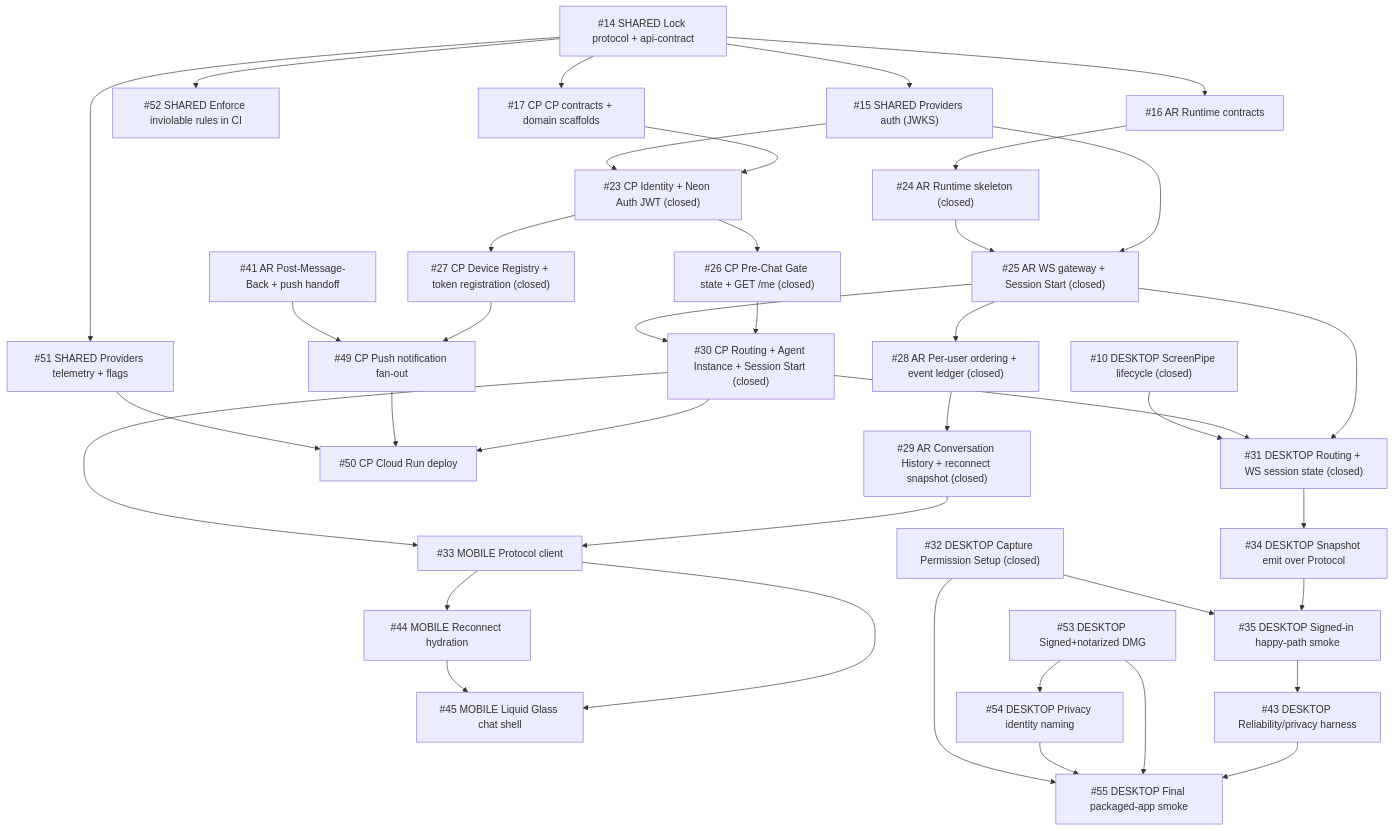
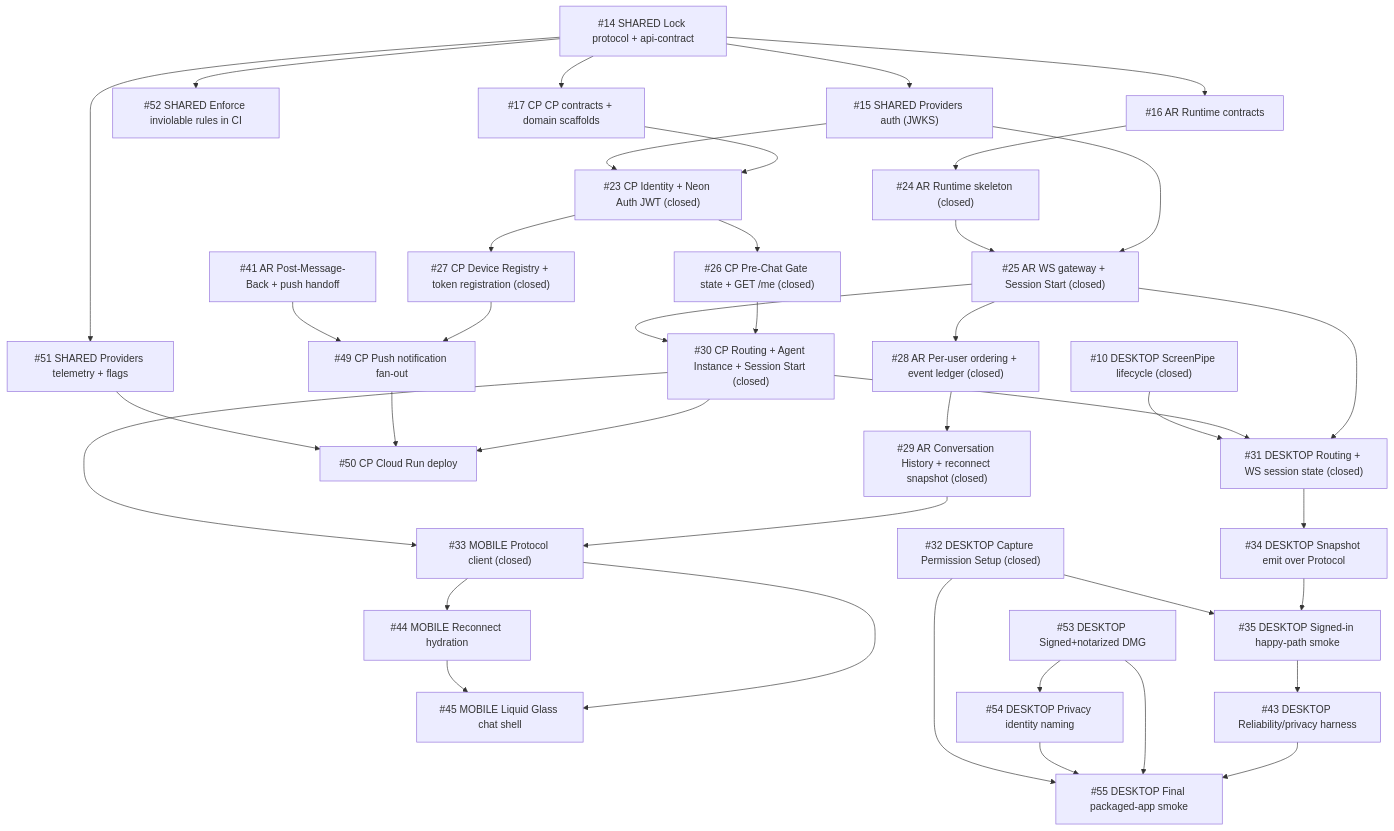
The diagram in docs/ISSUE-BOARD.md (sruj75/Intentive), drawn with Mermaid before and after one commit. The commit also changed other lines of this file and 8 other files, not shown here.

````diff
--- a/docs/ISSUE-BOARD.md
+++ b/docs/ISSUE-BOARD.md
@@ -28,48 +28,48 @@
 ```mermaid
 flowchart TD
   N08["#14 SHARED Lock protocol + api-contract"] --> N09["#15 SHARED Providers auth (JWKS)"]
   N08 --> N45["#51 SHARED Providers telemetry + flags"]
   N08 --> N46["#52 SHARED Enforce inviolable rules in CI"]
 
   N08 --> N10["#16 AR Runtime contracts"]
   N08 --> N11["#17 CP CP contracts + domain scaffolds"]
 
   N10 --> N18["#24 AR Runtime skeleton (closed)"]
   N09 --> N19
   N18 --> N19["#25 AR WS gateway + Session Start (closed)"]
   N19 --> N22["#28 AR Per-user ordering + event ledger (closed)"]
   N22 --> N23["#29 AR Conversation History + reconnect snapshot (closed)"]
 
   N11 --> N17["#23 CP Identity + Neon Auth JWT (closed)"]
   N09 --> N17
   N17 --> N20["#26 CP Pre-Chat Gate state + GET /me (closed)"]
   N17 --> N21["#27 CP Device Registry + token registration (closed)"]
   N20 --> N24["#30 CP Routing + Agent Instance + Session Start (closed)"]
   N19 --> N24
   N21 --> N43["#49 CP Push notification fan-out"]
   N35["#41 AR Post-Message-Back + push handoff"] --> N43
   N24 --> N44["#50 CP Cloud Run deploy"]
   N43 --> N44
   N45 --> N44
 
-  N23 --> N27["#33 MOBILE Protocol client"]
+  N23 --> N27["#33 MOBILE Protocol client (closed)"]
   N24 --> N27
   N27 --> N38["#44 MOBILE Reconnect hydration"]
   N27 --> N39["#45 MOBILE Liquid Glass chat shell"]
   N38 --> N39
 
   N19 --> N25["#31 DESKTOP Routing + WS session state (closed)"]
   N24 --> N25
   N04["#10 DESKTOP ScreenPipe lifecycle (closed)"] --> N25
   N25 --> N28["#34 DESKTOP Snapshot emit over Protocol"]
   N28 --> N29["#35 DESKTOP Signed-in happy-path smoke"]
 
   N47["#53 DESKTOP Signed+notarized DMG"] --> N48["#54 DESKTOP Privacy identity naming"]
   N26["#32 DESKTOP Capture Permission Setup (closed)"] --> N29
   N49["#55 DESKTOP Final packaged-app smoke"]
   N29 --> N37["#43 DESKTOP Reliability/privacy harness"]
   N37 --> N49
   N47 --> N49
   N48 --> N49
   N26 --> N49
 ```
````
